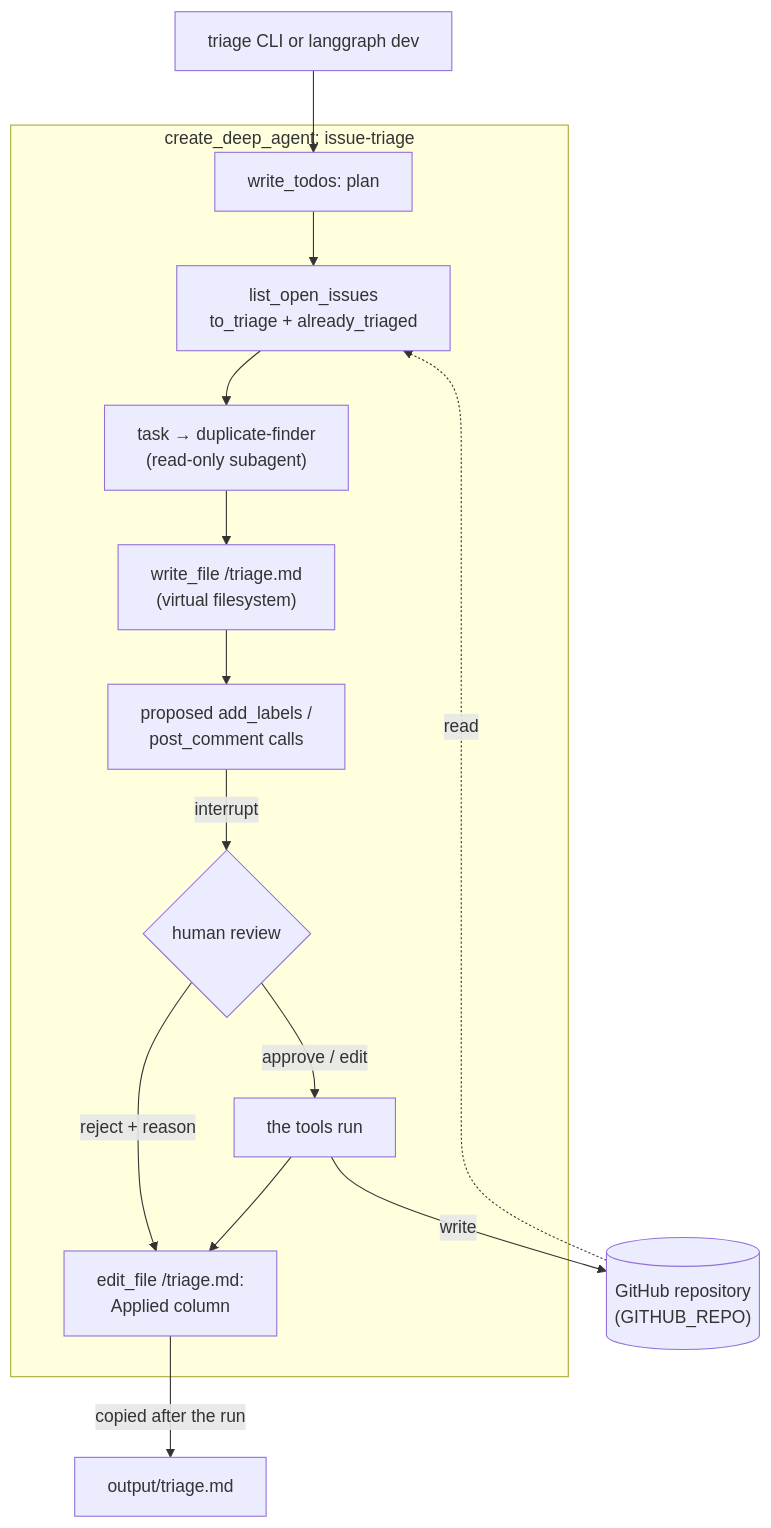
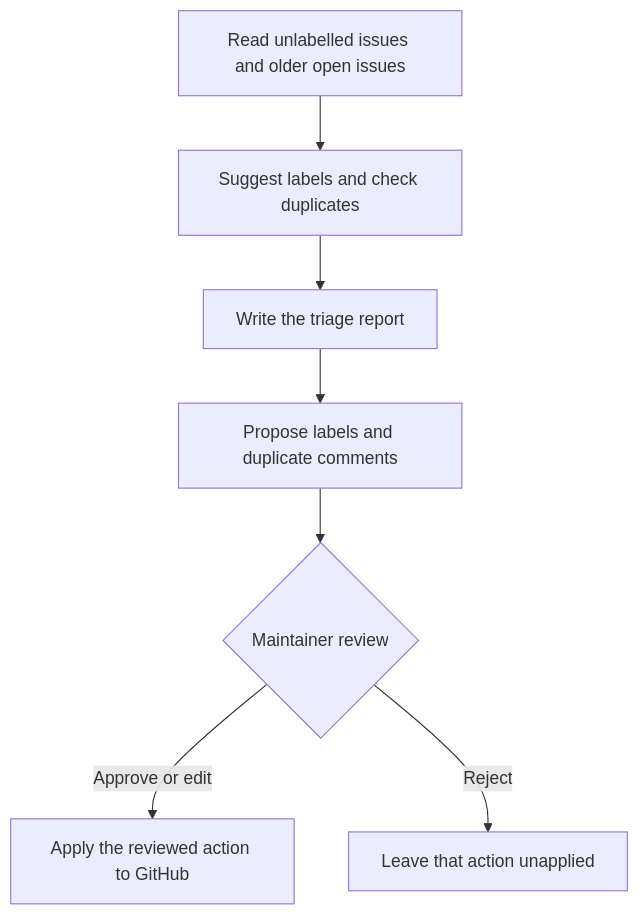
Before and after one commit to brkakyldz/github-issue-triage-agent: the diagram in README.md, drawn with Mermaid. The commit also changed other lines of this file, not shown here.

````diff
--- a/README.md
+++ b/README.md
@@ -40,17 +31,9 @@
 ```mermaid
 flowchart TD
-    U["triage CLI or langgraph dev"] --> P
-    subgraph A["create_deep_agent: issue-triage"]
-        P["write_todos: plan"] --> L["list_open_issues<br/>to_triage + already_triaged"]
-        L --> T["task → duplicate-finder<br/>(read-only subagent)"]
-        T --> W["write_file /triage.md<br/>(virtual filesystem)"]
-        W --> H["proposed add_labels /<br/>post_comment calls"]
-        H -->|interrupt| R{"human review"}
-        R -->|approve / edit| X["the tools run"]
-        R -->|reject + reason| E
-        X --> E["edit_file /triage.md:<br/>Applied column"]
-    end
-    GH[("GitHub repository<br/>(GITHUB_REPO)")] -.->|read| L
-    X -->|write| GH
-    E -->|copied after the run| F["output/triage.md"]
+    A["Read unlabelled issues and older open issues"] --> B["Suggest labels and check duplicates"]
+    B --> C["Write the triage report"]
+    C --> D["Propose labels and duplicate comments"]
+    D --> E{"Maintainer review"}
+    E -->|Approve or edit| F["Apply the reviewed action to GitHub"]
+    E -->|Reject| G["Leave that action unapplied"]
 ```
````
